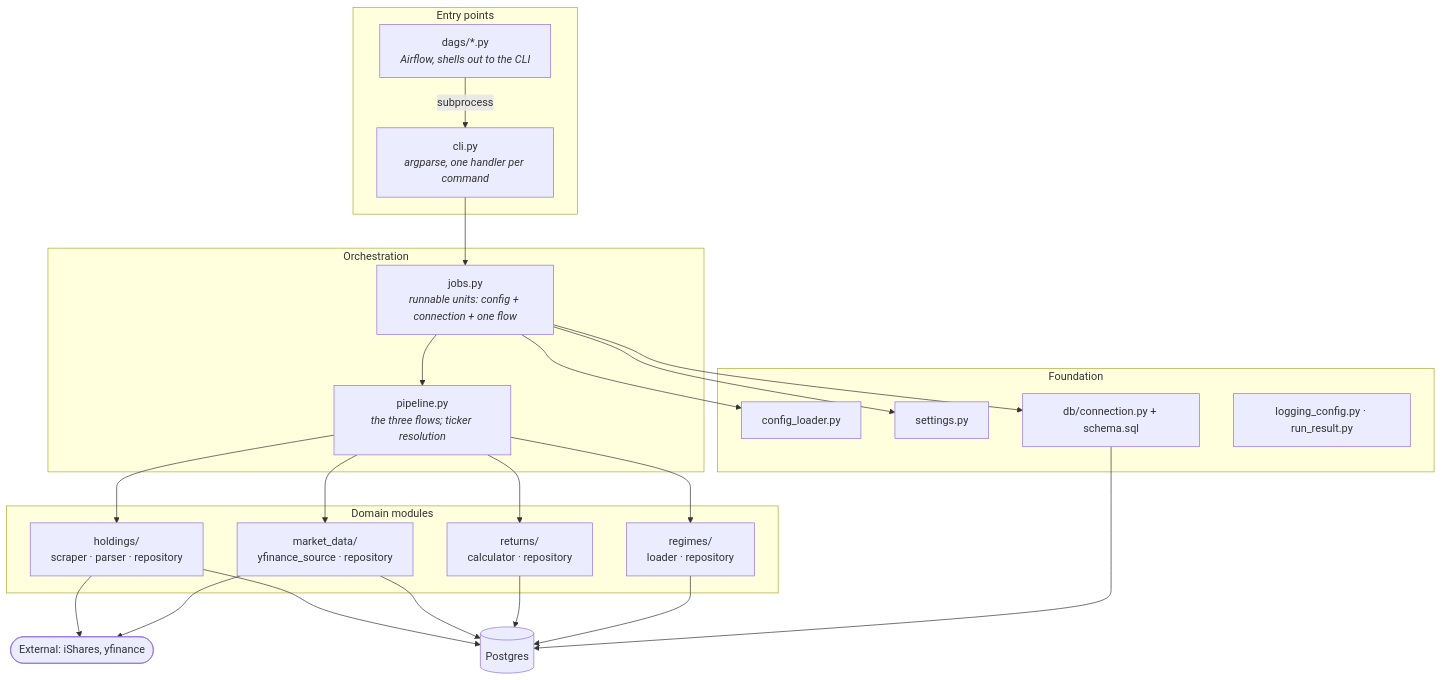
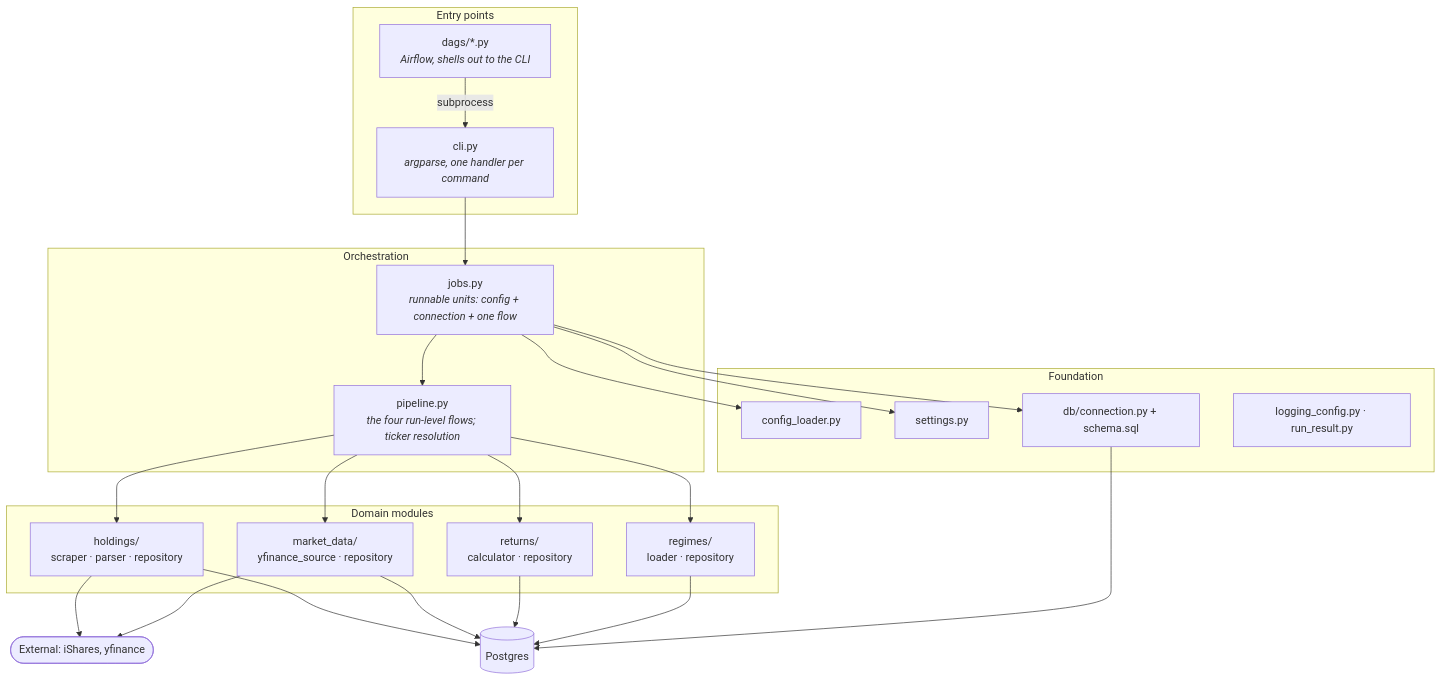
Before and after one commit to jpedropereira/Stakehold: the first of 3 diagrams in services/data-store/docs/architecture.md, drawn with Mermaid. The commit also changed other lines of this file and 8 other files, not shown here.

````diff
--- a/services/data-store/docs/architecture.md
+++ b/services/data-store/docs/architecture.md
@@ -33,47 +33,47 @@
 ```mermaid
 flowchart TD
     subgraph entry["Entry points"]
         CLI["cli.py<br/><i>argparse, one handler per command</i>"]
         DAGS["dags/*.py<br/><i>Airflow, shells out to the CLI</i>"]
     end
 
     subgraph orch["Orchestration"]
         JOBS["jobs.py<br/><i>runnable units: config + connection + one flow</i>"]
-        PIPE["pipeline.py<br/><i>the three flows; ticker resolution</i>"]
+        PIPE["pipeline.py<br/><i>the four run-level flows; ticker resolution</i>"]
     end
 
     subgraph domain["Domain modules"]
         HOLD["holdings/<br/>scraper · parser · repository"]
         MKT["market_data/<br/>yfinance_source · repository"]
         RET["returns/<br/>calculator · repository"]
         REG["regimes/<br/>loader · repository"]
     end
 
     subgraph found["Foundation"]
         CONF["config_loader.py"]
         SET["settings.py"]
         DB["db/connection.py + schema.sql"]
         LOG["logging_config.py · run_result.py"]
     end
 
     PG[("Postgres")]
     EXT(["External: iShares, yfinance"])
 
     DAGS -->|subprocess| CLI
     CLI --> JOBS
     JOBS --> PIPE
     JOBS --> CONF
     JOBS --> SET
     JOBS --> DB
     PIPE --> HOLD
     PIPE --> MKT
     PIPE --> RET
     PIPE --> REG
     HOLD --> EXT
     MKT --> EXT
     HOLD --> PG
     MKT --> PG
     RET --> PG
     REG --> PG
     DB --> PG
 ```
````
